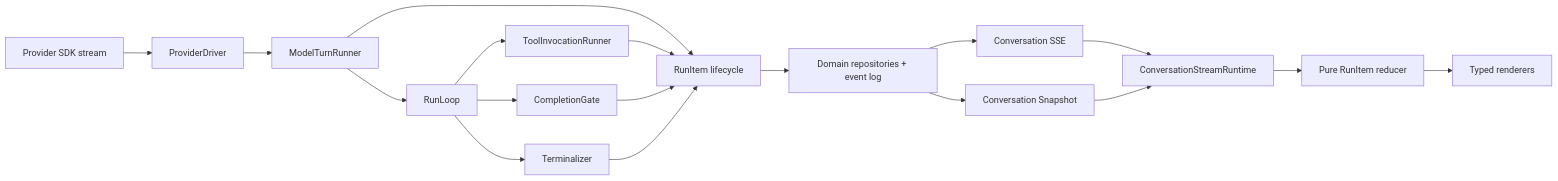
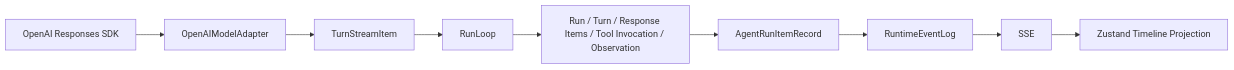
The diagram in docs/architecture/agent-runtime-item-protocol.md (trrueee/DBFox), drawn with Mermaid before and after one commit. The commit also changed other lines of this file and 35 other files, not shown here.

Commit message:
chore(desktop): align build quality and architecture docs

````diff
--- a/docs/architecture/agent-runtime-item-protocol.md
+++ b/docs/architecture/agent-runtime-item-protocol.md
@@ -57,22 +7,11 @@
 ```mermaid
 flowchart LR
-  SDK["Provider SDK stream"] --> DRIVER["ProviderDriver"]
-  DRIVER --> MODEL["ModelTurnRunner"]
-  MODEL --> LOOP["RunLoop"]
-  LOOP --> TOOL["ToolInvocationRunner"]
-  LOOP --> GATE["CompletionGate"]
-  LOOP --> TERM["Terminalizer"]
-
-  MODEL --> ITEMS["RunItem lifecycle"]
-  TOOL --> ITEMS
-  GATE --> ITEMS
-  TERM --> ITEMS
-
-  ITEMS --> REPO["Domain repositories + event log"]
-  REPO --> SSE["Conversation SSE"]
-  REPO --> SNAP["Conversation Snapshot"]
-  SSE --> STREAM["ConversationStreamRuntime"]
-  SNAP --> STREAM
-  STREAM --> STORE["Pure RunItem reducer"]
-  STORE --> UI["Typed renderers"]
+  SDK["OpenAI Responses SDK"] --> ADAPTER["OpenAIModelAdapter"]
+  ADAPTER --> STREAM["TurnStreamItem"]
+  STREAM --> LOOP["RunLoop"]
+  LOOP --> DB["Run / Turn / Response Items / Tool Invocation / Observation"]
+  DB --> ITEM["AgentRunItemRecord"]
+  ITEM --> EVENT["RuntimeEventLog"]
+  EVENT --> SSE["SSE"]
+  SSE --> STORE["Zustand Timeline Projection"]
 ```
````
